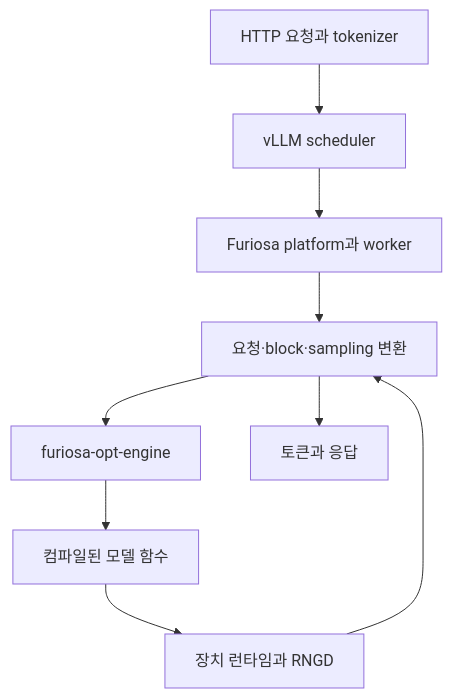
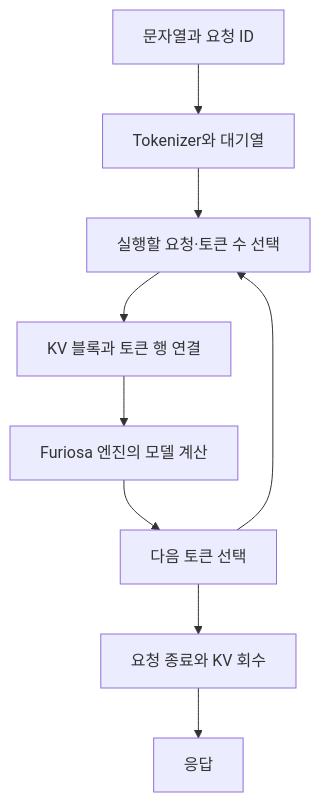
The diagram in content/14-serving-vllm.md (smallstep-zzz/furyno5-handbook), drawn with Mermaid before and after one commit. The commit also changed other lines of this file and 97 other files, not shown here.

````diff
--- a/content/14-serving-vllm.md
+++ b/content/14-serving-vllm.md
@@ -11,11 +63,11 @@
 ```mermaid
 flowchart TB
-    A["HTTP 요청과 tokenizer"] --> B["vLLM scheduler"]
-    B --> C["Furiosa platform과 worker"]
-    C --> D["요청·block·sampling 변환"]
-    D --> E["furiosa-opt-engine"]
-    E --> F["컴파일된 모델 함수"]
-    F --> G["장치 런타임과 RNGD"]
-    G --> D
-    D --> H["토큰과 응답"]
+    A["문자열과 요청 ID"] --> B["Tokenizer와 대기열"]
+    B --> C["실행할 요청·토큰 수 선택"]
+    C --> D["KV 블록과 토큰 행 연결"]
+    D --> E["Furiosa 엔진의 모델 계산"]
+    E --> F["다음 토큰 선택"]
+    F --> G["요청 종료와 KV 회수"]
+    F --> C
+    G --> H["응답"]
 ```
````
